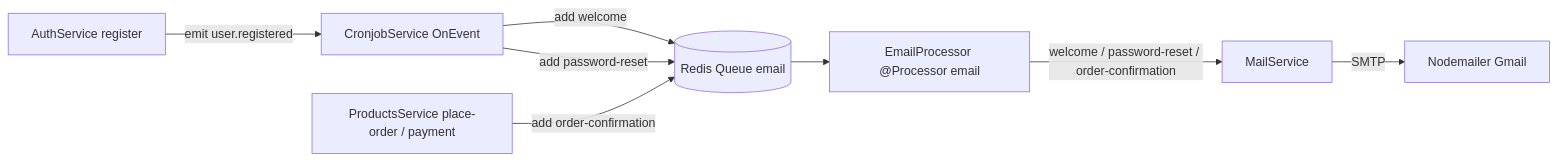
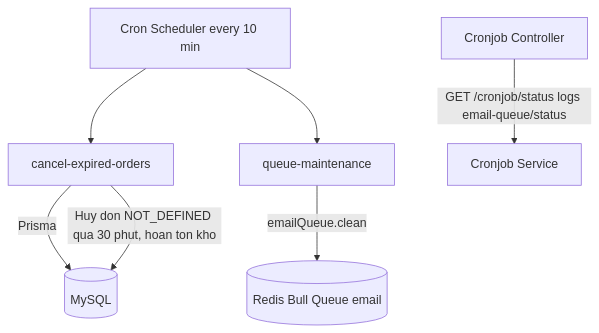
The fifth of 5 diagrams in 02_Wiki/03_Architecture/laptop-shop_Architecture.md (nhatnv2-vnext/llm-wiki), drawn with Mermaid before and after one commit. The commit also changed other lines of this file and 16 other files, not shown here.

````diff
--- a/02_Wiki/03_Architecture/laptop-shop_Architecture.md
+++ b/02_Wiki/03_Architecture/laptop-shop_Architecture.md
@@ -161,10 +184,9 @@
 ```mermaid
-graph LR
-    Auth[AuthService register] -->|emit user.registered| Cron[CronjobService OnEvent]
-    Cron -->|add welcome| Q[(Redis Queue email)]
-    Products[ProductsService place-order / payment] -->|add order-confirmation| Q
-    Cron -->|add password-reset| Q
-    Q --> Proc[EmailProcessor @Processor email]
-    Proc -->|welcome / password-reset / order-confirmation| MS[MailService]
-    MS -->|SMTP| SMTP[Nodemailer Gmail]
+graph TD
+    Sched[Cron Scheduler every 10 min] --> J1[cancel-expired-orders]
+    Sched --> J2[queue-maintenance]
+    J1 -->|Prisma| DB[(MySQL)]
+    J1 -->|Huy don NOT_DEFINED qua 30 phut, hoan ton kho| DB
+    J2 -->|emailQueue.clean| Redis[(Redis Bull Queue email)]
+    Ctrl[Cronjob Controller] -->|GET /cronjob/status logs email-queue/status| CS[Cronjob Service]
 ```
````
